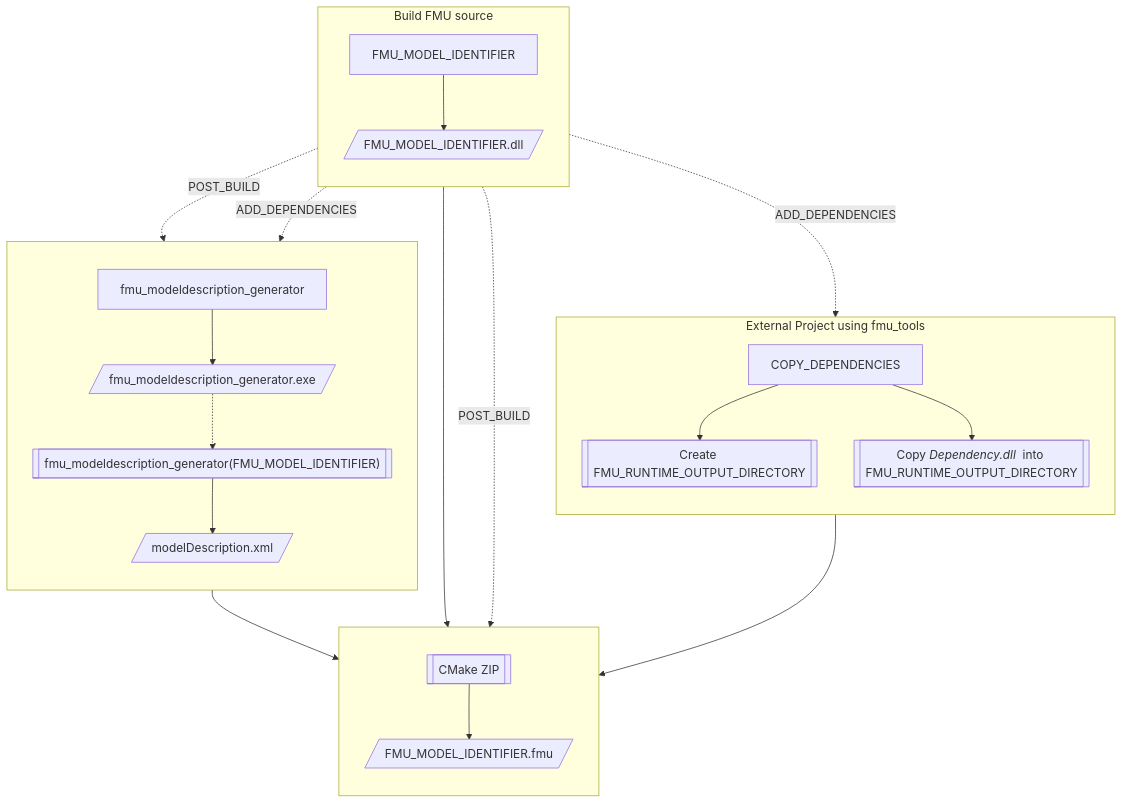
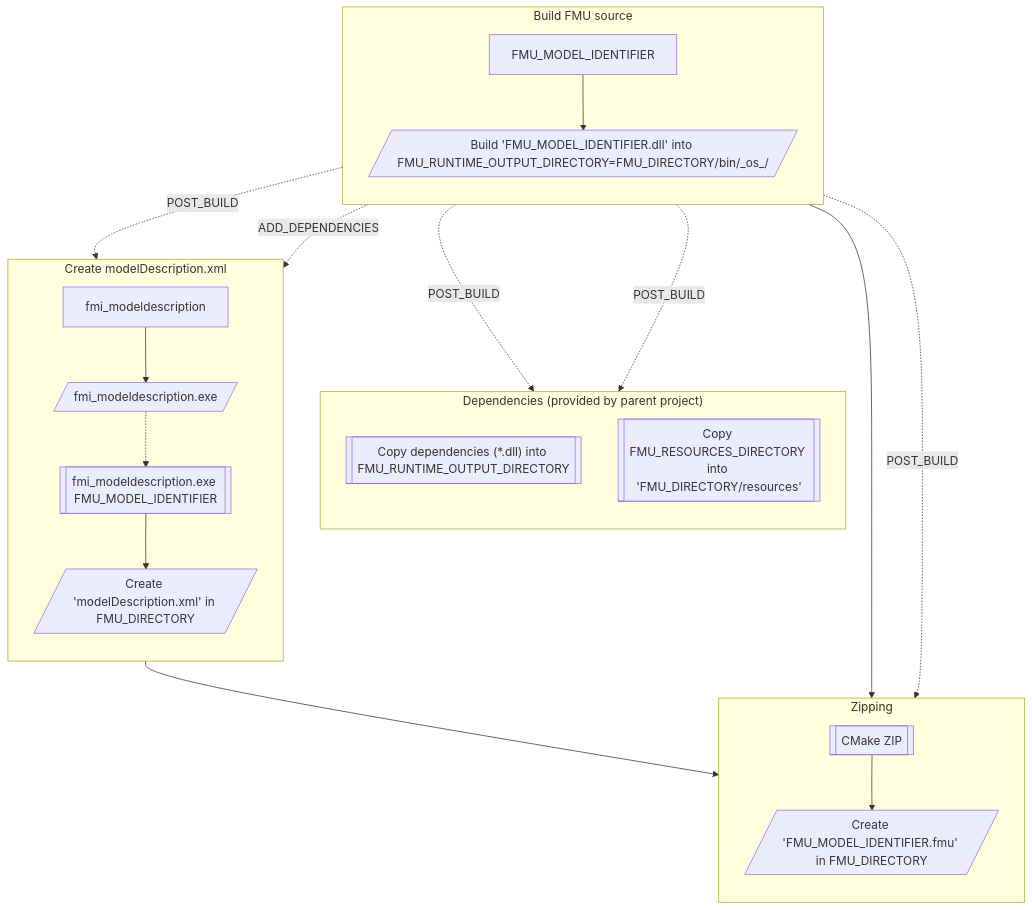
One commit to DigitalDynamicsLab/fmu_tools changed the first of 3 diagrams in README.md. Above: the diagram before and after it, drawn with Mermaid. The commit also changed other lines of this file and 1 other file, not shown here.

Commit message:
Updated build flow diagram

````diff
--- a/README.md
+++ b/README.md
@@ -119,29 +119,29 @@
 ```mermaid
 flowchart TB
-    subgraph DEPENDENCIES_target[External Project using fmu_tools]
+    subgraph DEPENDENCIES_target["Dependencies (provided by parent project)"]
     direction TB
-    DEPENDENT_LIB["COPY_DEPENDENCIES"]-->CREATE_DIR[["Create FMU_RUNTIME_OUTPUT_DIRECTORY"]]
-    DEPENDENT_LIB-->COPY_LIB[["`Copy _Dependency.dll_  into FMU_RUNTIME_OUTPUT_DIRECTORY`"]]
+    COPY_LIB[["`Copy dependencies (*.dll) into FMU_RUNTIME_OUTPUT_DIRECTORY`"]]
+    COPY_RESOURCES[["`Copy FMU_RESOURCES_DIRECTORY into 'FMU_DIRECTORY/resources'`"]]
     end
     subgraph FMU_MODEL_IDENTIFIER_target[Build FMU source]
     direction TB
-    FMU_MODEL_IDENTIFIER-->FMU_MI_OUTPUT[/"FMU_MODEL_IDENTIFIER.dll"/]
+    FMU_MODEL_IDENTIFIER-->FMU_MI_OUTPUT[/"Build 'FMU_MODEL_IDENTIFIER.dll' into FMU_RUNTIME_OUTPUT_DIRECTORY=FMU_DIRECTORY/bin/_os_/"/]
     end
-    subgraph modelDescriptionGen[ ]
+    subgraph modelDescriptionGen[Create modelDescription.xml]
     direction TB
-    fmu_modeldescription_generator_build["fmu_modeldescription_generator"]-->fmu_modeldescription_generator_output[/"fmu_modeldescription_generator.exe"/]
-    fmu_modeldescription_generator[["`fmu_modeldescription_generator(FMU_MODEL_IDENTIFIER)`"]]-->MODEL_DESCRIPTION[/"modelDescription.xml"/]
-    fmu_modeldescription_generator_output -.-> fmu_modeldescription_generator
+    fmi_modeldescription_build["fmi_modeldescription"]-->fmi_modeldescription_output[/"fmi_modeldescription.exe"/]
+    fmi_modeldescription[["`fmi_modeldescription.exe FMU_MODEL_IDENTIFIER`"]]-->MODEL_DESCRIPTION[/"Create 'modelDescription.xml' in FMU_DIRECTORY"/]
+    fmi_modeldescription_output -.-> fmi_modeldescription
     end
-    subgraph zip_procedure[ ]
+    subgraph zip_procedure["Zipping"]
     direction TB
-    ZIP[["CMake ZIP"]]-->FMU_MODEL_IDENTIFIER_ZIP[/"FMU_MODEL_IDENTIFIER.fmu"/]
+    ZIP[["CMake ZIP"]]-->FMU_MODEL_IDENTIFIER_ZIP[/"Create 'FMU_MODEL_IDENTIFIER.fmu' in FMU_DIRECTORY"/]
     end
+    FMU_MI_OUTPUT --> ZIP
     MODEL_DESCRIPTION --> ZIP
-    FMU_MI_OUTPUT --> ZIP
-    COPY_LIB --> ZIP
-    FMU_MODEL_IDENTIFIER -.->|POST_BUILD| fmu_modeldescription_generator
+    FMU_MODEL_IDENTIFIER -.->|POST_BUILD| fmi_modeldescription
     FMU_MODEL_IDENTIFIER -.->|POST_BUILD| ZIP
-    FMU_MODEL_IDENTIFIER -.->|ADD_DEPENDENCIES| DEPENDENT_LIB
-    FMU_MODEL_IDENTIFIER -.->|ADD_DEPENDENCIES| fmu_modeldescription_generator_build
+    FMU_MODEL_IDENTIFIER -.->|POST_BUILD| COPY_LIB
+    FMU_MODEL_IDENTIFIER -.->|POST_BUILD| COPY_RESOURCES
+    FMU_MODEL_IDENTIFIER -.->|ADD_DEPENDENCIES| fmi_modeldescription_build
 ```
````
